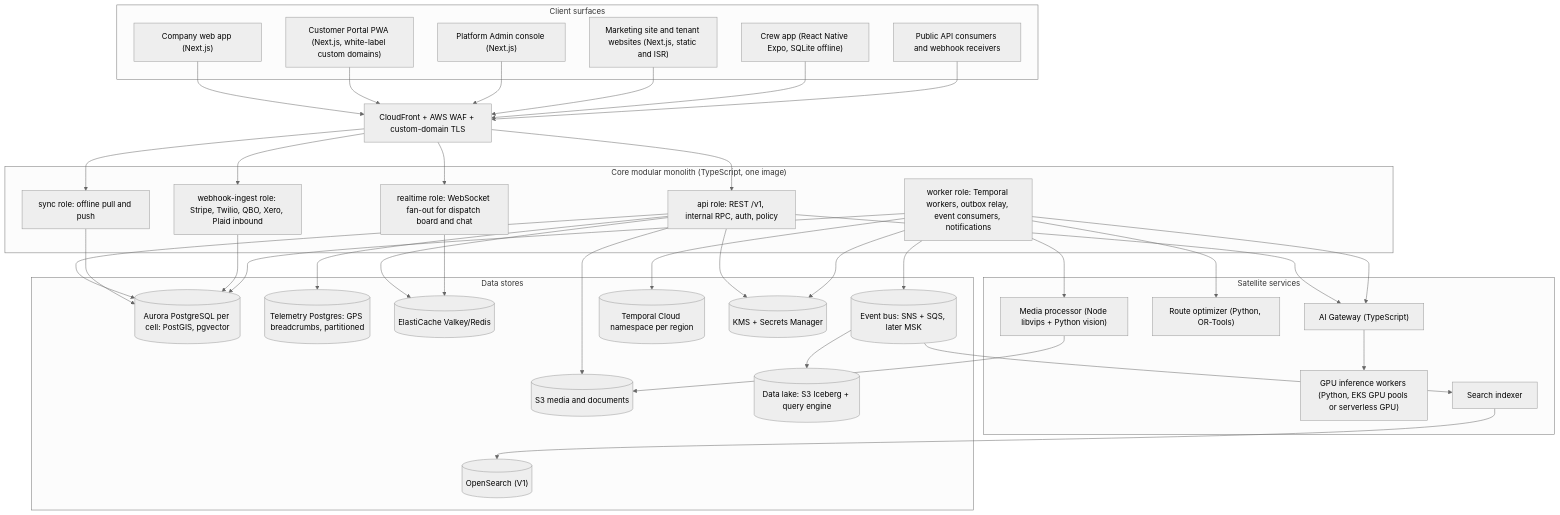
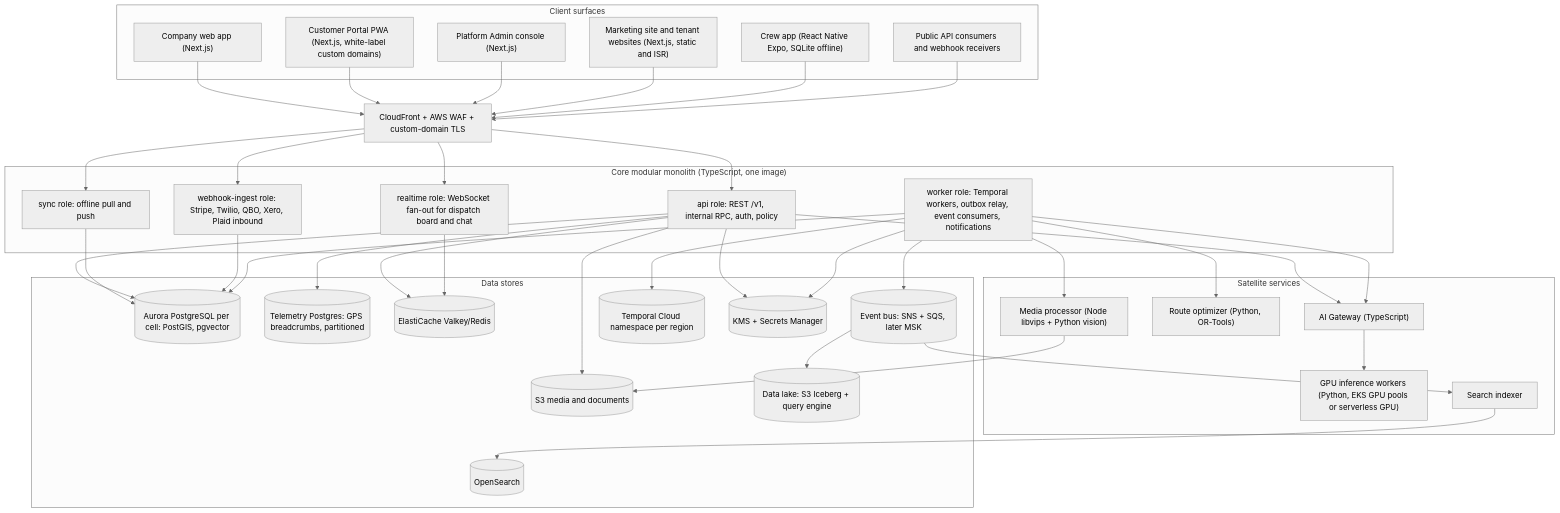
The second of 13 diagrams in docs/20-architecture-security.md (jdinard/landscape), drawn with Mermaid (neutral theme) before and after one commit. The commit also changed other lines of this file and 33 other files, not shown here.

````diff
--- a/docs/20-architecture-security.md
+++ b/docs/20-architecture-security.md
@@ -216,73 +216,73 @@
 ```mermaid
 flowchart TB
   subgraph Clients["Client surfaces"]
     WEB["Company web app (Next.js)"]
     PORTAL["Customer Portal PWA (Next.js, white-label custom domains)"]
     ADMIN["Platform Admin console (Next.js)"]
     MKT["Marketing site and tenant websites (Next.js, static and ISR)"]
     CREW["Crew app (React Native Expo, SQLite offline)"]
     EXT["Public API consumers and webhook receivers"]
   end
 
   EDGE["CloudFront + AWS WAF + custom-domain TLS"]
 
   subgraph Core["Core modular monolith (TypeScript, one image)"]
     API["api role: REST /v1, internal RPC, auth, policy"]
     SYNC["sync role: offline pull and push"]
     RT["realtime role: WebSocket fan-out for dispatch board and chat"]
     WHI["webhook-ingest role: Stripe, Twilio, QBO, Xero, Plaid inbound"]
     WRK["worker role: Temporal workers, outbox relay, event consumers, notifications"]
   end
 
   subgraph Sat["Satellite services"]
     AIG["AI Gateway (TypeScript)"]
     GPU["GPU inference workers (Python, EKS GPU pools or serverless GPU)"]
     ROUTE["Route optimizer (Python, OR-Tools)"]
     MEDIA["Media processor (Node libvips + Python vision)"]
     SRCH["Search indexer"]
   end
 
   subgraph Data["Data stores"]
     PG[("Aurora PostgreSQL per cell: PostGIS, pgvector")]
     TELE[("Telemetry Postgres: GPS breadcrumbs, partitioned")]
     REDIS[("ElastiCache Valkey/Redis")]
     S3[("S3 media and documents")]
     BUS[("Event bus: SNS + SQS, later MSK")]
     TMP[("Temporal Cloud namespace per region")]
-    OS[("OpenSearch (V1)")]
+    OS[("OpenSearch     ")]
     LAKE[("Data lake: S3 Iceberg + query engine")]
     KMS[("KMS + Secrets Manager")]
   end
 
   WEB --> EDGE
   PORTAL --> EDGE
   ADMIN --> EDGE
   MKT --> EDGE
   CREW --> EDGE
   EXT --> EDGE
   EDGE --> API
   EDGE --> SYNC
   EDGE --> RT
   EDGE --> WHI
   API --> PG
   API --> REDIS
   API --> S3
   API --> AIG
   SYNC --> PG
   RT --> REDIS
   WHI --> PG
   WRK --> PG
   WRK --> BUS
   WRK --> TMP
   WRK --> ROUTE
   WRK --> MEDIA
   WRK --> AIG
   AIG --> GPU
   MEDIA --> S3
   SRCH --> OS
   BUS --> SRCH
   BUS --> LAKE
   API --> KMS
   WRK --> KMS
   API --> TELE
 ```
````
